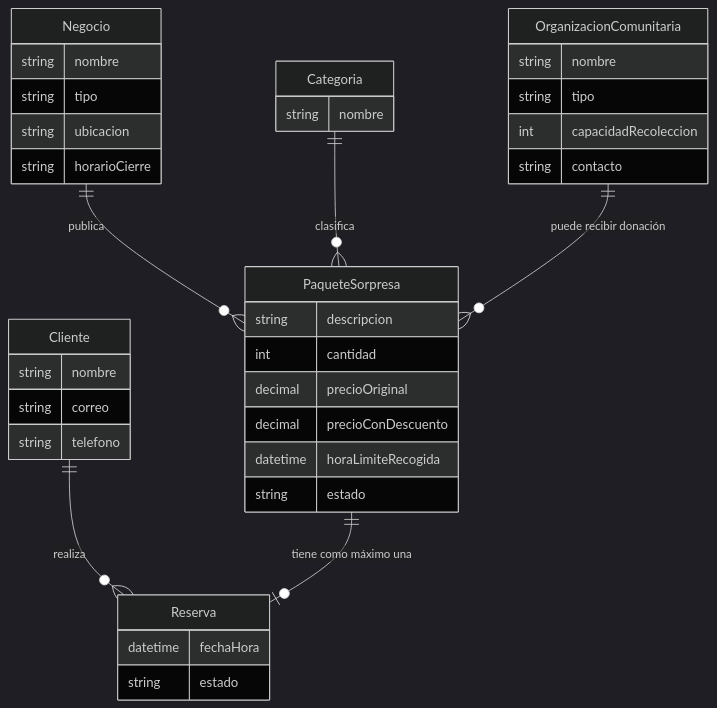
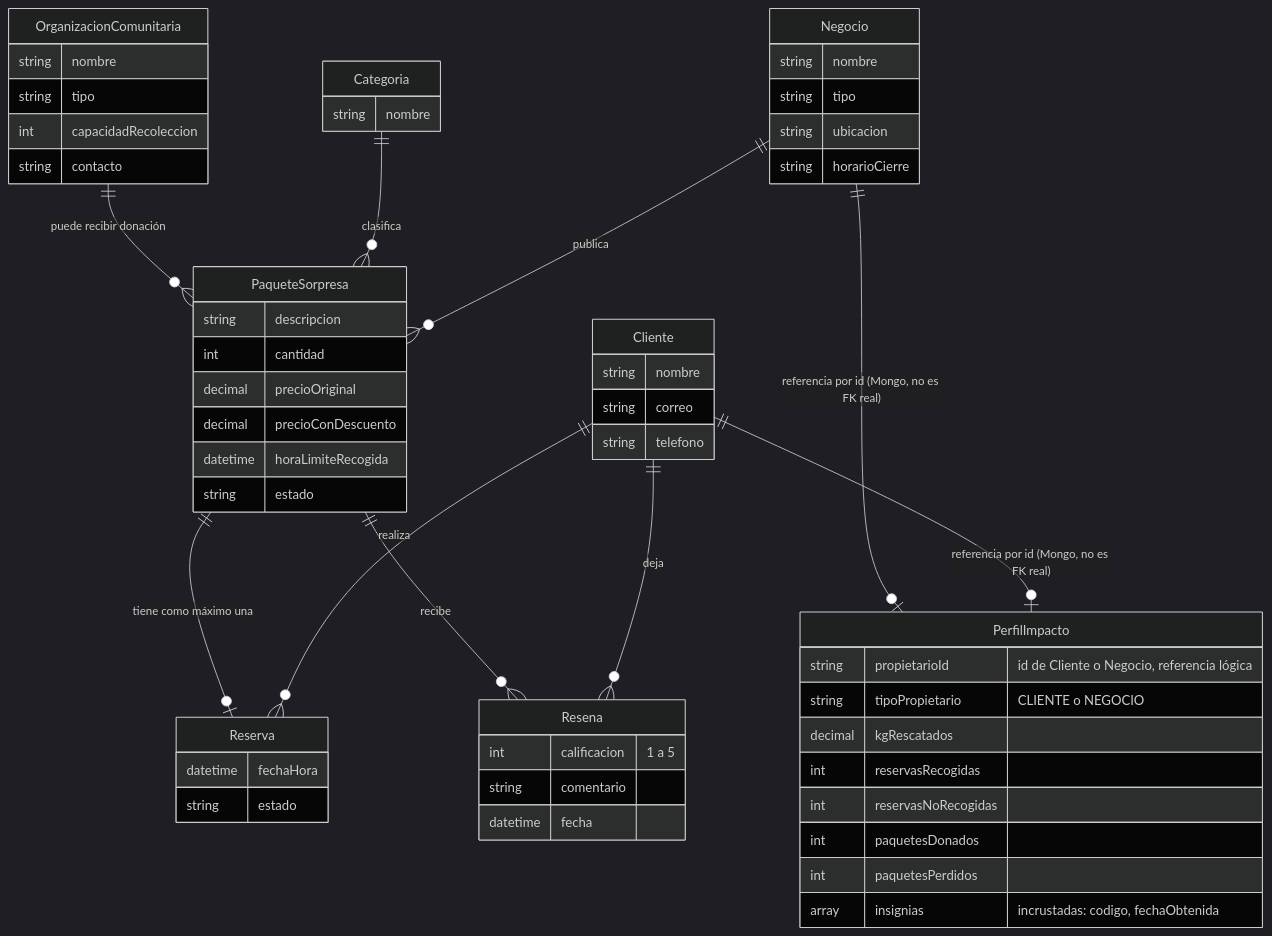
The third of 3 diagrams in docs/diagrama-arquitectura.md (Yeilinnn/savora), drawn with Mermaid (dark theme) before and after one commit. The commit also changed other lines of this file and 15 other files, not shown here.

Commit message:
Lab 2: indices y seeds en Postgres, subdominio MongoDB con PerfilImpacto e insignias

````diff
--- a/docs/diagrama-arquitectura.md
+++ b/docs/diagrama-arquitectura.md
@@ -41,46 +70,67 @@
 ```mermaid
 erDiagram
     Negocio ||--o{ PaqueteSorpresa : publica
     Categoria ||--o{ PaqueteSorpresa : clasifica
     Cliente ||--o{ Reserva : realiza
     PaqueteSorpresa ||--o| Reserva : "tiene como máximo una"
     OrganizacionComunitaria ||--o{ PaqueteSorpresa : "puede recibir donación"
+    Cliente ||--o| PerfilImpacto : "referencia por id (Mongo, no es FK real)"
+    Negocio ||--o| PerfilImpacto : "referencia por id (Mongo, no es FK real)"
+    Cliente ||--o{ Resena : deja
+    PaqueteSorpresa ||--o{ Resena : recibe
 
     Negocio {
         string nombre
         string tipo
         string ubicacion
         string horarioCierre
     }
 
     Cliente {
         string nombre
         string correo
         string telefono
     }
 
     PaqueteSorpresa {
         string descripcion
         int cantidad
         decimal precioOriginal
         decimal precioConDescuento
         datetime horaLimiteRecogida
         string estado
     }
 
     Reserva {
         datetime fechaHora
         string estado
     }
 
     Categoria {
         string nombre
     }
 
     OrganizacionComunitaria {
         string nombre
         string tipo
         int capacidadRecoleccion
         string contacto
     }
+
+    PerfilImpacto {
+        string propietarioId "id de Cliente o Negocio, referencia lógica"
+        string tipoPropietario "CLIENTE o NEGOCIO"
+        decimal kgRescatados
+        int reservasRecogidas
+        int reservasNoRecogidas
+        int paquetesDonados
+        int paquetesPerdidos
+        array insignias "incrustadas: codigo, fechaObtenida"
+    }
+
+    Resena {
+        int calificacion "1 a 5"
+        string comentario
+        datetime fecha
+    }
 ```
````
